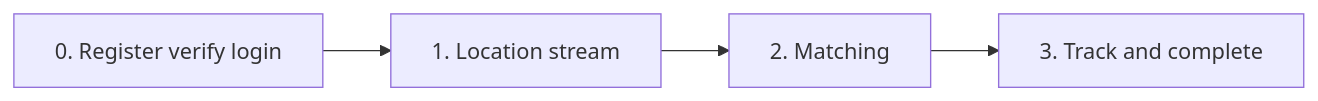
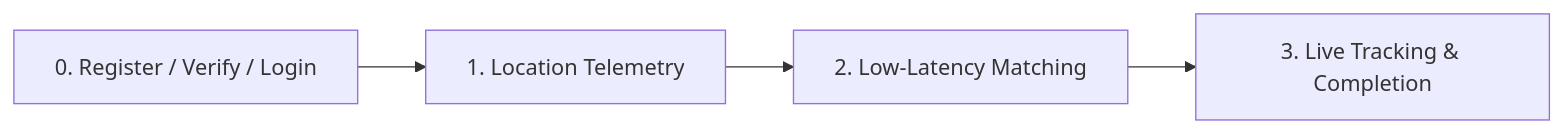
One commit to mostafiz57/Software-Architecture-Playbook changed the eighth of 17 diagrams in case-studies/mobility-delivery-platform/README.md. Above: the diagram before and after it, drawn with Mermaid. The commit also changed other lines of this file, not shown here.

````diff
--- a/case-studies/mobility-delivery-platform/README.md
+++ b/case-studies/mobility-delivery-platform/README.md
@@ -349,6 +349,6 @@
 ```mermaid
 flowchart LR
-  P0["0. Register verify login"] --> P1["1. Location stream"]
-  P1 --> P2["2. Matching"]
-  P2 --> P3["3. Track and complete"]
+  P0["0. Register / Verify / Login"] --> P1["1. Location Telemetry"]
+  P1 --> P2["2. Low-Latency Matching"]
+  P2 --> P3["3. Live Tracking & Completion"]
 ```
````
